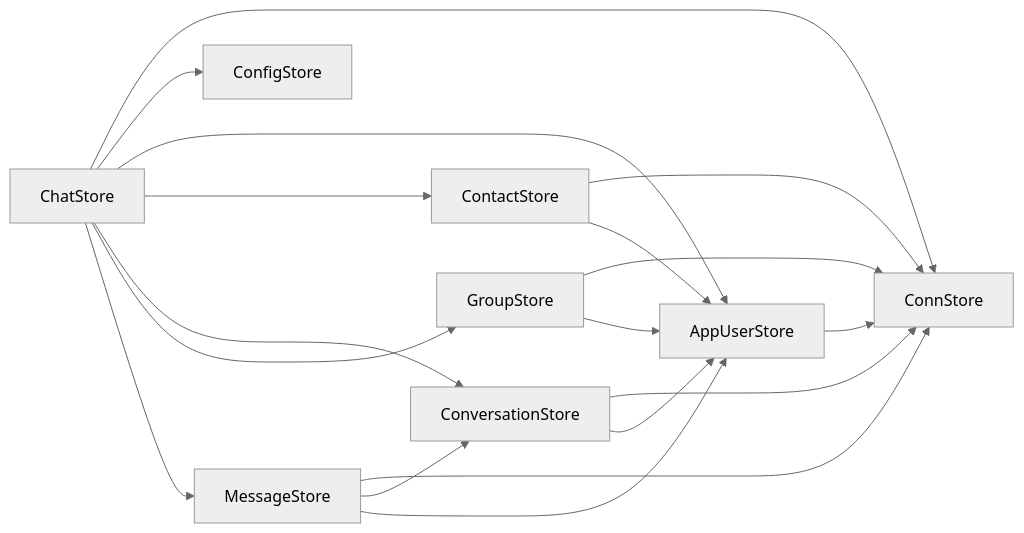
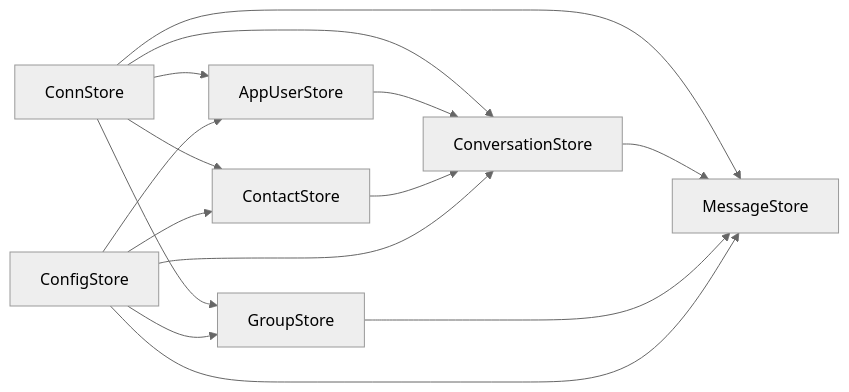
Before and after one commit to Easemob-Community/easemob-uikit-uniapp-community: the third of 3 diagrams in .qoder/repowiki/zh/content/核心架构/Store状态管理系统架构/Store状态管理系统架构.md, drawn with Mermaid (neutral theme). The commit also changed other lines of this file and 14 other files, not shown here.

````diff
--- a/.qoder/repowiki/zh/content/核心架构/Store状态管理系统架构/Store状态管理系统架构.md
+++ b/.qoder/repowiki/zh/content/核心架构/Store状态管理系统架构/Store状态管理系统架构.md
@@ -374,20 +292,17 @@
 ```mermaid
 graph LR
-Chat["ChatStore"] --> Conn["ConnStore"]
-Chat --> Config["ConfigStore"]
-Chat --> AppUser["AppUserStore"]
-Chat --> Contact["ContactStore"]
-Chat --> Conv["ConversationStore"]
-Chat --> Group["GroupStore"]
-Chat --> Msg["MessageStore"]
-Msg --> Conn
-Msg --> Conv
-Msg --> AppUser
-Conv --> Conn
-Conv --> AppUser
-Contact --> Conn
-Contact --> AppUser
-Group --> Conn
-Group --> AppUser
-AppUser --> Conn
+Conn["ConnStore"] --> AppUser["AppUserStore"]
+Conn --> Contact["ContactStore"]
+Conn --> Conv["ConversationStore"]
+Conn --> Group["GroupStore"]
+Conn --> Msg["MessageStore"]
+AppUser --> Conv
+Contact --> Conv
+Conv --> Msg
+Group --> Msg
+Config["ConfigStore"] --> AppUser
+Config --> Contact
+Config --> Conv
+Config --> Group
+Config --> Msg
 ```
````
